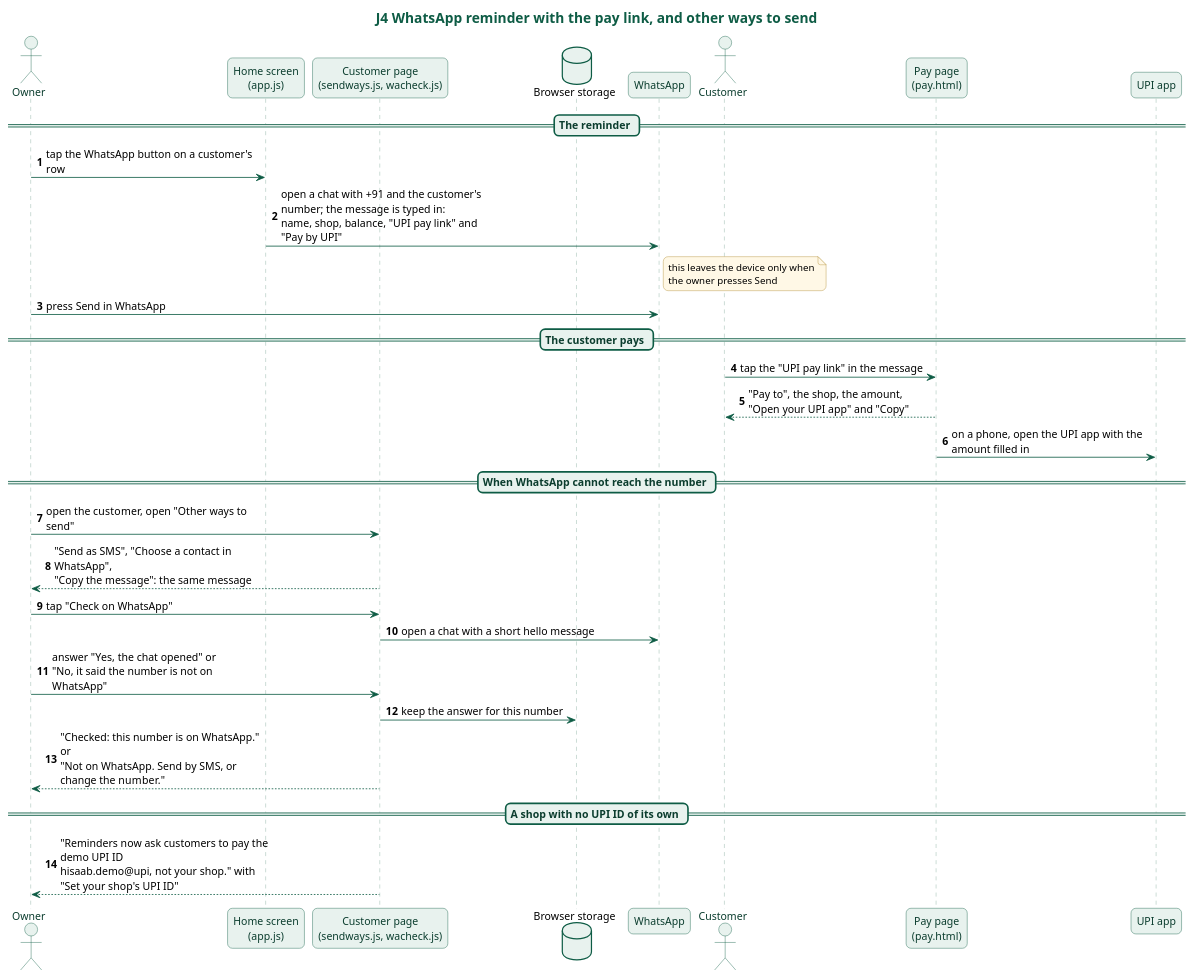
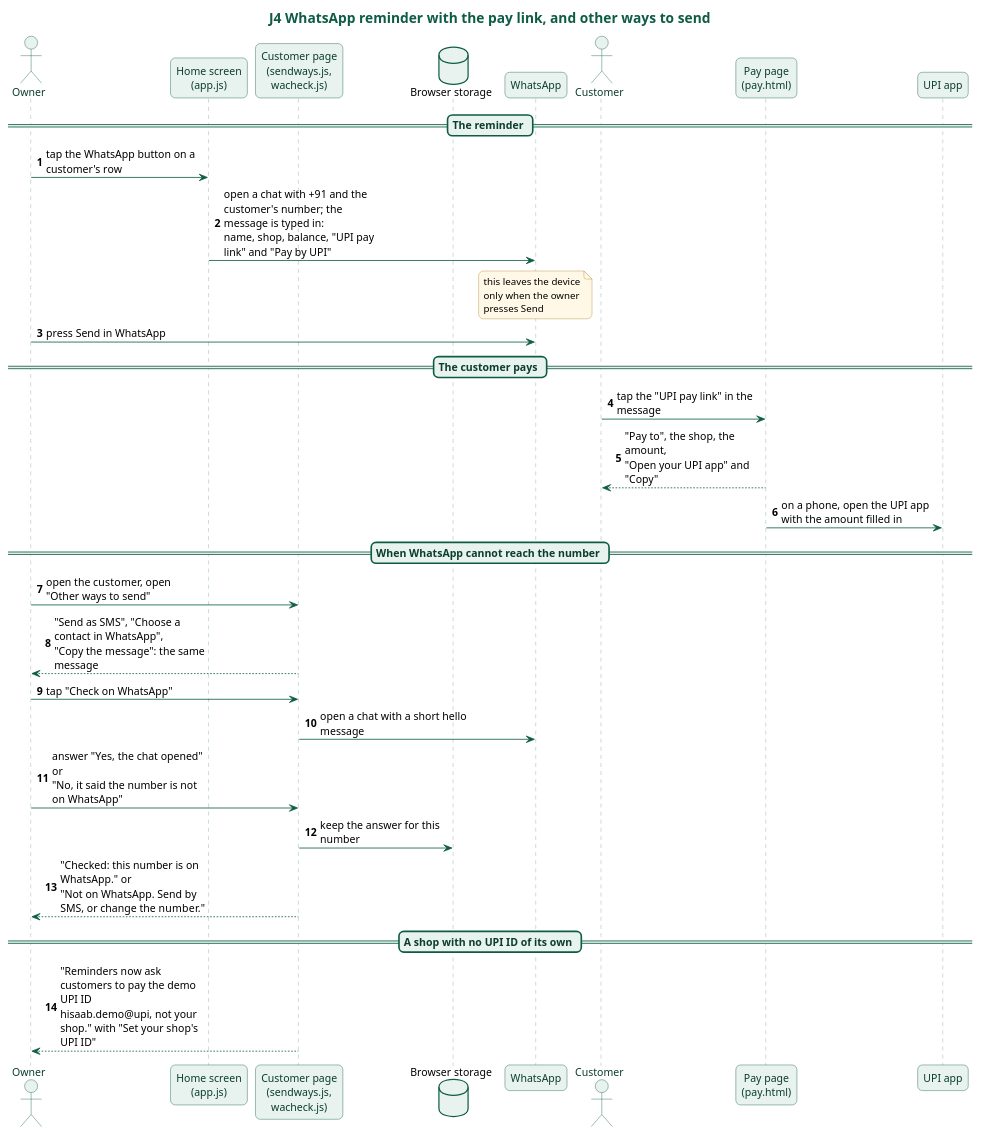
One commit to karwasanjay007/hisaab-docs changed the diagram in docs/diagrams/j4-whatsapp-reminder.puml. Above: the diagram before and after it, drawn with PlantUML. The commit also changed 27 other files, not shown here.

First line of the commit message:
Public view: one history page, readable diagrams, the pages speak only of the product

```diff
--- a/docs/diagrams/j4-whatsapp-reminder.puml
+++ b/docs/diagrams/j4-whatsapp-reminder.puml
@@ -1,68 +1,68 @@
 @startuml j4-whatsapp-reminder
 title J4 WhatsApp reminder with the pay link, and other ways to send
 skinparam backgroundColor white
 skinparam defaultFontName "Noto Sans"
 skinparam defaultFontSize 13
 skinparam roundCorner 12
 skinparam shadowing false
-skinparam maxMessageSize 260
+skinparam maxMessageSize 190
 skinparam titleFontSize 17
 skinparam titleFontColor #0E5C45
 skinparam sequenceMessageAlign left
 skinparam responseMessageBelowArrow true
 skinparam sequence {
   ArrowColor #0E5C45
   LifeLineBorderColor #7FA89A
   LifeLineBackgroundColor #E8F2EE
   ParticipantBorderColor #0E5C45
   ParticipantBackgroundColor #E8F2EE
   ParticipantFontColor #0B3D2E
   ActorBorderColor #0E5C45
   ActorBackgroundColor #E8F2EE
   ActorFontColor #0B3D2E
   GroupBorderColor #0E5C45
   GroupHeaderFontColor #0E5C45
   GroupBackgroundColor #F3F8F6
   DividerBorderColor #0E5C45
   DividerBackgroundColor #E8F2EE
   DividerFontColor #0B3D2E
   BoxBorderColor #0E5C45
 }
 skinparam database {
   BorderColor #0E5C45
   BackgroundColor #E8F2EE
 }
 skinparam note {
   BorderColor #B08A2E
   BackgroundColor #FFF8E6
   FontSize 12
 }
 actor "Owner" as O
 participant "Home screen\n(app.js)" as H
-participant "Customer page\n(sendways.js, wacheck.js)" as C
+participant "Customer page\n(sendways.js,\nwacheck.js)" as C
 database "Browser storage" as S
 participant "WhatsApp" as WA
 actor "Customer" as K
 participant "Pay page\n(pay.html)" as P
 participant "UPI app" as U
 autonumber
 == The reminder ==
 O -> H : tap the WhatsApp button on a customer's row
 H -> WA : open a chat with +91 and the customer's number; the message is typed in:\nname, shop, balance, "UPI pay link" and "Pay by UPI"
-note right of WA : this leaves the device only when\nthe owner presses Send
+note over WA : this leaves the device\nonly when the owner\npresses Send
 O -> WA : press Send in WhatsApp
 == The customer pays ==
 K -> P : tap the "UPI pay link" in the message
 P --> K : "Pay to", the shop, the amount,\n"Open your UPI app" and "Copy"
 P -> U : on a phone, open the UPI app with the amount filled in
 == When WhatsApp cannot reach the number ==
 O -> C : open the customer, open "Other ways to send"
 C --> O : "Send as SMS", "Choose a contact in WhatsApp",\n"Copy the message": the same message
 O -> C : tap "Check on WhatsApp"
 C -> WA : open a chat with a short hello message
 O -> C : answer "Yes, the chat opened" or\n"No, it said the number is not on WhatsApp"
 C -> S : keep the answer for this number
 C --> O : "Checked: this number is on WhatsApp." or\n"Not on WhatsApp. Send by SMS, or change the number."
 == A shop with no UPI ID of its own ==
 C --> O : "Reminders now ask customers to pay the demo UPI ID\nhisaab.demo@upi, not your shop." with "Set your shop's UPI ID"
 @enduml
```
